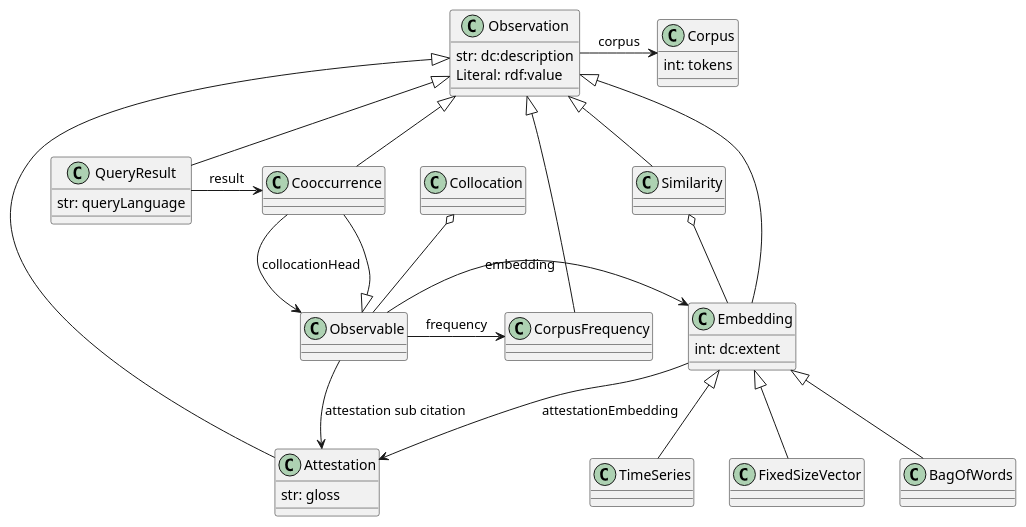
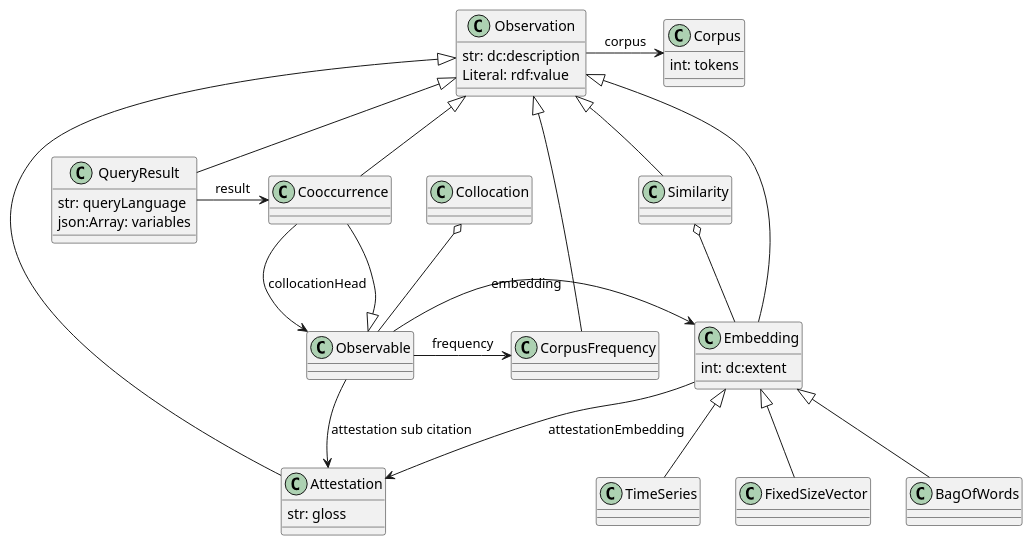
The diagram in img/diagram-with-query.puml (ontolex/frequency-attestation-corpus-information), drawn with PlantUML before and after one commit.

```diff
--- a/img/diagram-with-query.puml
+++ b/img/diagram-with-query.puml
@@ -1,60 +1,61 @@
 @startuml
 
 class Observation {
   str: dc:description
   Literal: rdf:value
 }
 
 Observation -> Corpus: corpus
 
 QueryResult -up-|> Observation
 QueryResult -> Cooccurrence: result
 
 Cooccurrence -[hidden]> QueryResult
 
 
 Cooccurrence -up-|> Observation
 Similarity -up-|> Observation
 CorpusFrequency -up-|> Observation
 Attestation -up-|> Observation
 Embedding -up-|> Observation
 
 Collocation o-down- Observable
 
 Embedding -down-> Attestation: attestationEmbedding
 
 Observable -> Embedding: embedding
 Observable -> CorpusFrequency: frequency
 Observable -> Attestation: attestation sub citation
 
 class Embedding {
  int: dc:extent
 }
 
 FixedSizeVector -up-|> Embedding
 BagOfWords -up-|> Embedding
 TimeSeries -up-|> Embedding
 
 Similarity o-down- Embedding
 
 class CorpusFrequency {
 }
 
 class Attestation {
   str: gloss
 }
 
 class Corpus {
   int: tokens
 }
 
 
 Cooccurrence -down-> Observable: collocationHead
 Cooccurrence -down-|> Observable
 
 class QueryResult {
   str: queryLanguage
+  json:Array: variables
 }
 
 
 @enduml
```
